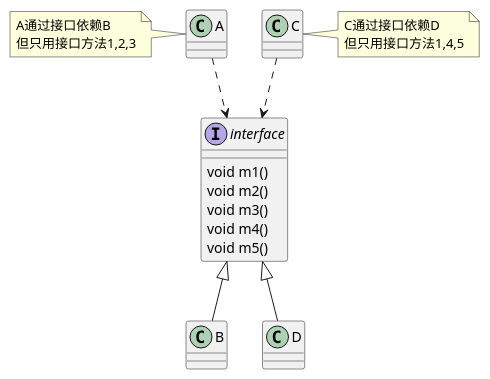
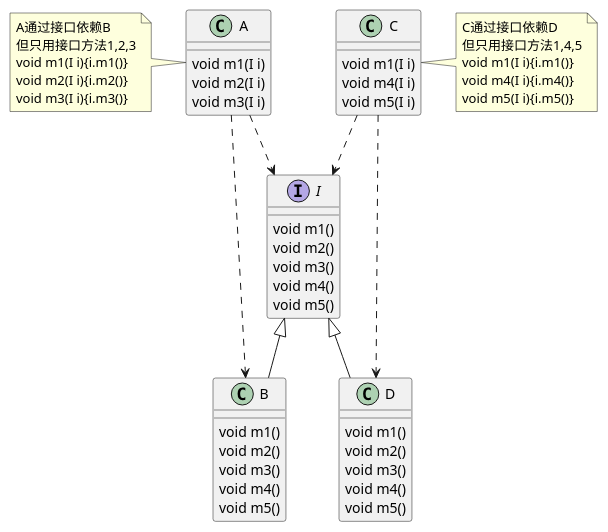
One commit to Drintau/StudyRepository changed the diagram in doc/UML/ISP1.puml. Above: the diagram before and after it, drawn with PlantUML. The commit also changed 12 other files, not shown here.

```diff
--- a/doc/UML/ISP1.puml
+++ b/doc/UML/ISP1.puml
@@ -1,28 +1,60 @@
 @startuml
 
-interface interface{
+interface I{
     void m1()
     void m2()
     void m3()
     void m4()
     void m5()
 }
-class A
+
+class A{
+    void m1(I i)
+    void m2(I i)
+    void m3(I i)
+}
 note left of A
 A通过接口依赖B
 但只用接口方法1,2,3
+void m1(I i){i.m1()}
+void m2(I i){i.m2()}
+void m3(I i){i.m3()}
 end note
-class B
-class C
+
+class B{
+    void m1()
+    void m2()
+    void m3()
+    void m4()
+    void m5()
+}
+
+class C{
+    void m1(I i)
+    void m4(I i)
+    void m5(I i)
+}
 note right of C
 C通过接口依赖D
 但只用接口方法1,4,5
+void m1(I i){i.m1()}
+void m4(I i){i.m4()}
+void m5(I i){i.m5()}
 end note
-class D
 
-A ..> interface
-C ..> interface
-interface <|-- B
-interface <|-- D
+class D{
+    void m1()
+    void m2()
+    void m3()
+    void m4()
+    void m5()
+}
+
+A ..> I
+C ..> I
+I <|-- B
+I <|-- D
+A ..> B
+C ..> D
 
 @enduml
```
